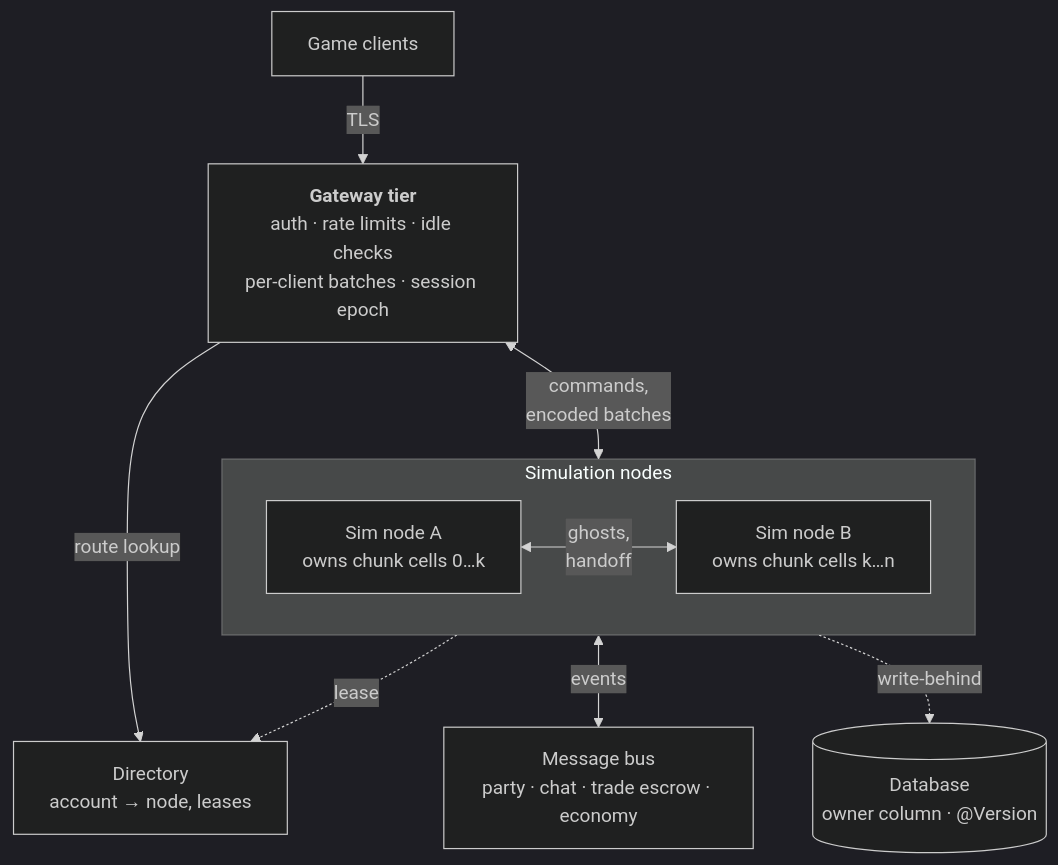
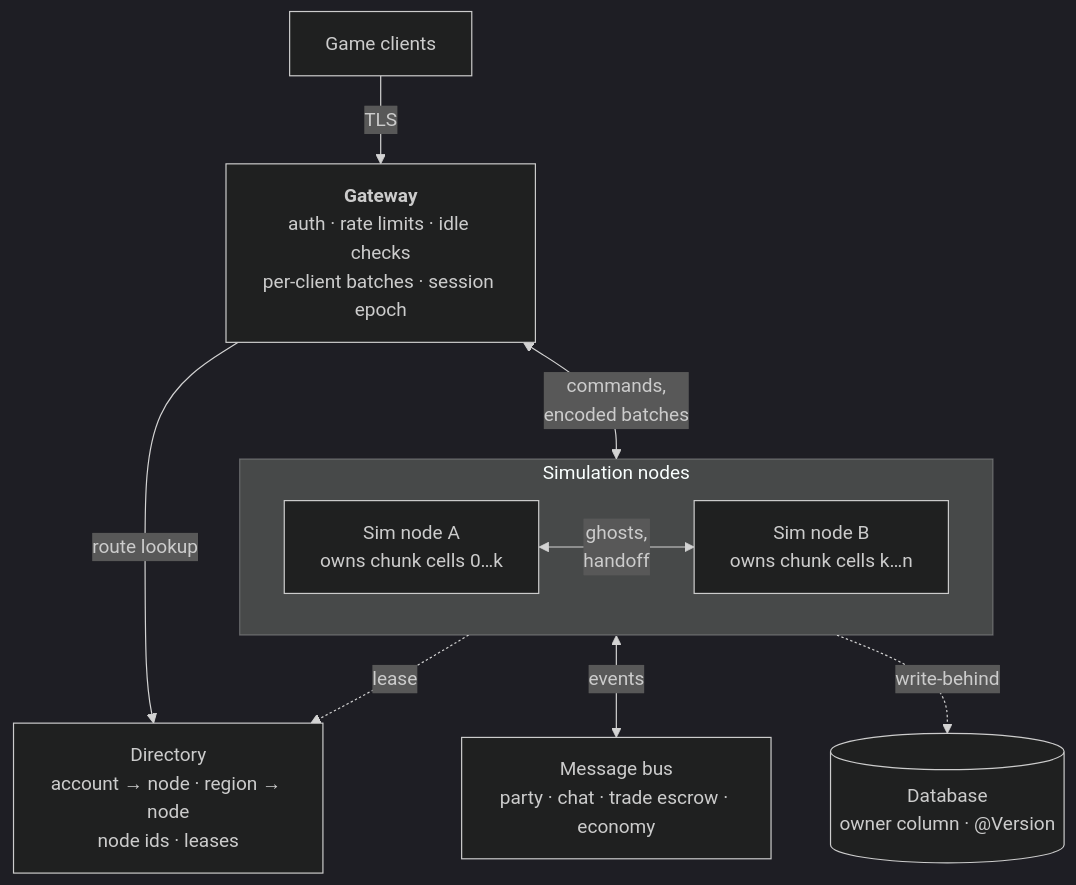
One commit to tfelix/bestia-docs changed the diagram in content/docs/server/cluster-path.md. Above: the diagram before and after it, drawn with Mermaid (dark theme). The commit also changed other lines of this file, not shown here.

````diff
--- a/content/docs/server/cluster-path.md
+++ b/content/docs/server/cluster-path.md
@@ -14,13 +16,13 @@
 ```mermaid
 graph TB
-  C["Game clients"] -->|TLS| GW["<b>Gateway tier</b><br/>auth · rate limits · idle checks<br/>per-client batches · session epoch"]
+  C["Game clients"] -->|TLS| GW["<b>Gateway</b><br/>auth · rate limits · idle checks<br/>per-client batches · session epoch"]
   subgraph SIM["Simulation nodes"]
     direction LR
     A["Sim node A<br/>owns chunk cells 0…k"] <-->|"ghosts,<br/>handoff"| B["Sim node B<br/>owns chunk cells k…n"]
   end
   GW <-->|"commands,<br/>encoded batches"| SIM
-  GW -->|route lookup| DIR["Directory<br/>account → node, leases"]
+  GW -->|route lookup| DIR["Directory<br/>account → node · region → node<br/>node ids · leases"]
   SIM -.->|lease| DIR
   SIM <-->|events| BUS["Message bus<br/>party · chat · trade escrow · economy"]
   SIM -.->|write-behind| DB[("Database<br/>owner column · @Version")]
 ```
````
